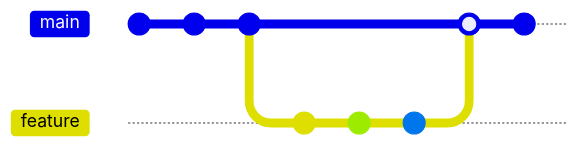
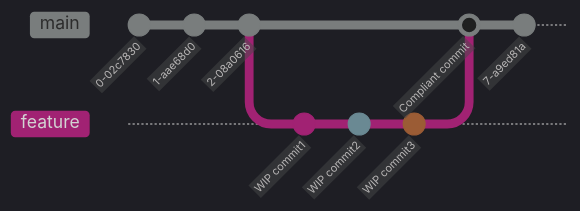
Before and after one commit to mattjh1/mattjh-blog: the diagram in content/post/commit-hooks.md, drawn with Mermaid. Commit ids are hidden.

Commit message:
change theme on the git graph

````diff
--- a/content/post/commit-hooks.md
+++ b/content/post/commit-hooks.md
@@ -18,13 +18,14 @@
 ```mermaid
+%%{init: { 'logLevel': 'debug', 'theme': 'dark', 'gitGraph': { 'showBranches': true, 'showCommitLabel': true }}}%%
 gitGraph
     commit
     commit
     commit
     branch feature
     commit id:"WIP commit1"
     commit id:"WIP commit2"
     commit id:"WIP commit3"
     checkout main
     merge feature id:"Compliant commit"
     commit
 ```
````
